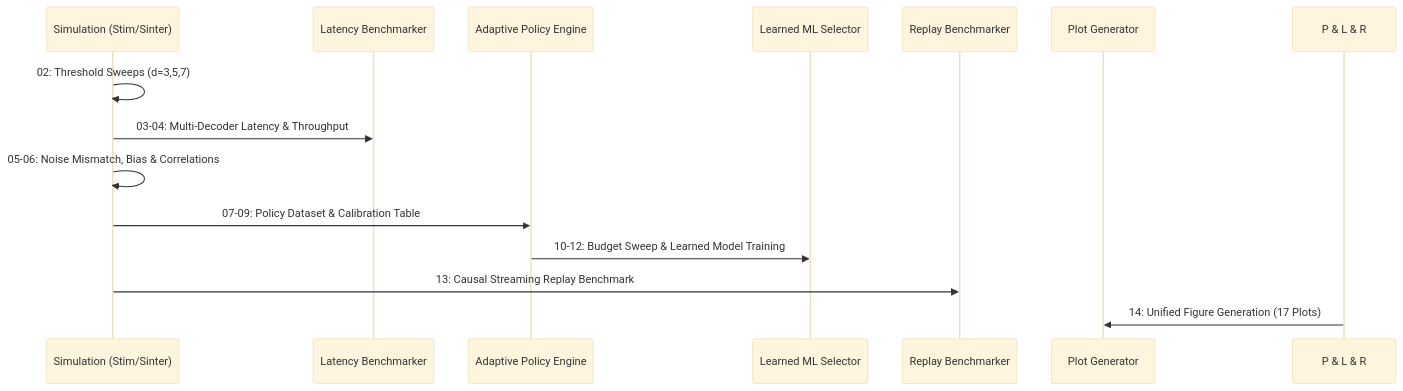
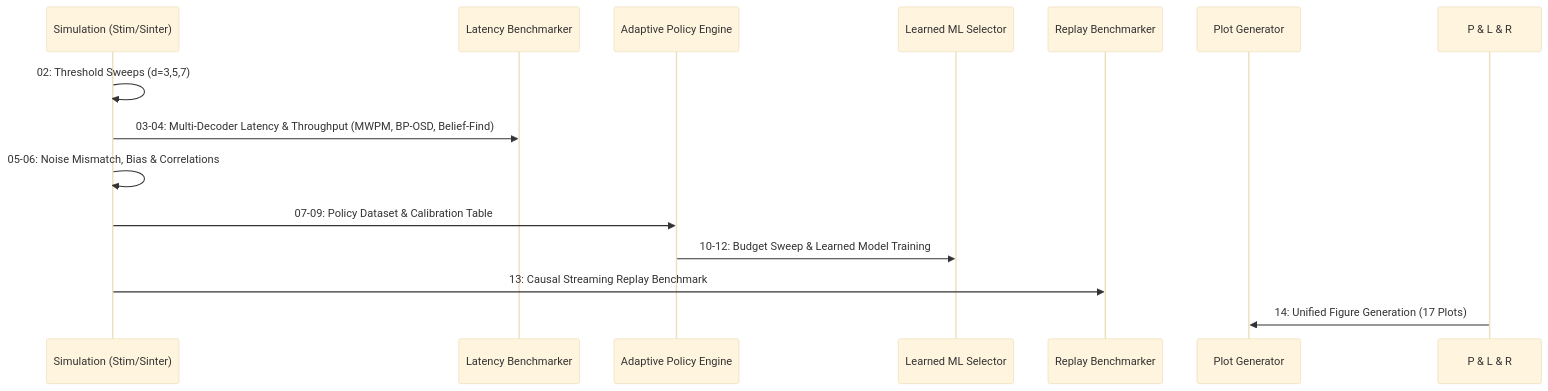
Before and after one commit to Nox-eturnus/Projects: the second of 2 diagrams in adaptive-surface-code-decoder/README.md, drawn with Mermaid (base theme). The commit also changed other lines of this file and 4 other files, not shown here.

````diff
--- a/adaptive-surface-code-decoder/README.md
+++ b/adaptive-surface-code-decoder/README.md
@@ -139,17 +138,17 @@
 ```mermaid
 sequenceDiagram
     participant S as Simulation (Stim/Sinter)
     participant B as Latency Benchmarker
     participant P as Adaptive Policy Engine
     participant L as Learned ML Selector
     participant R as Replay Benchmarker
     participant F as Plot Generator
 
     S->>S: 02: Threshold Sweeps (d=3,5,7)
-    S->>B: 03-04: Multi-Decoder Latency & Throughput
+    S->>B: 03-04: Multi-Decoder Latency & Throughput (MWPM, BP-OSD, Belief-Find)
     S->>S: 05-06: Noise Mismatch, Bias & Correlations
     S->>P: 07-09: Policy Dataset & Calibration Table
     P->>L: 10-12: Budget Sweep & Learned Model Training
     S->>R: 13: Causal Streaming Replay Benchmark
     P & L & R->>F: 14: Unified Figure Generation (17 Plots)
 ```
````
